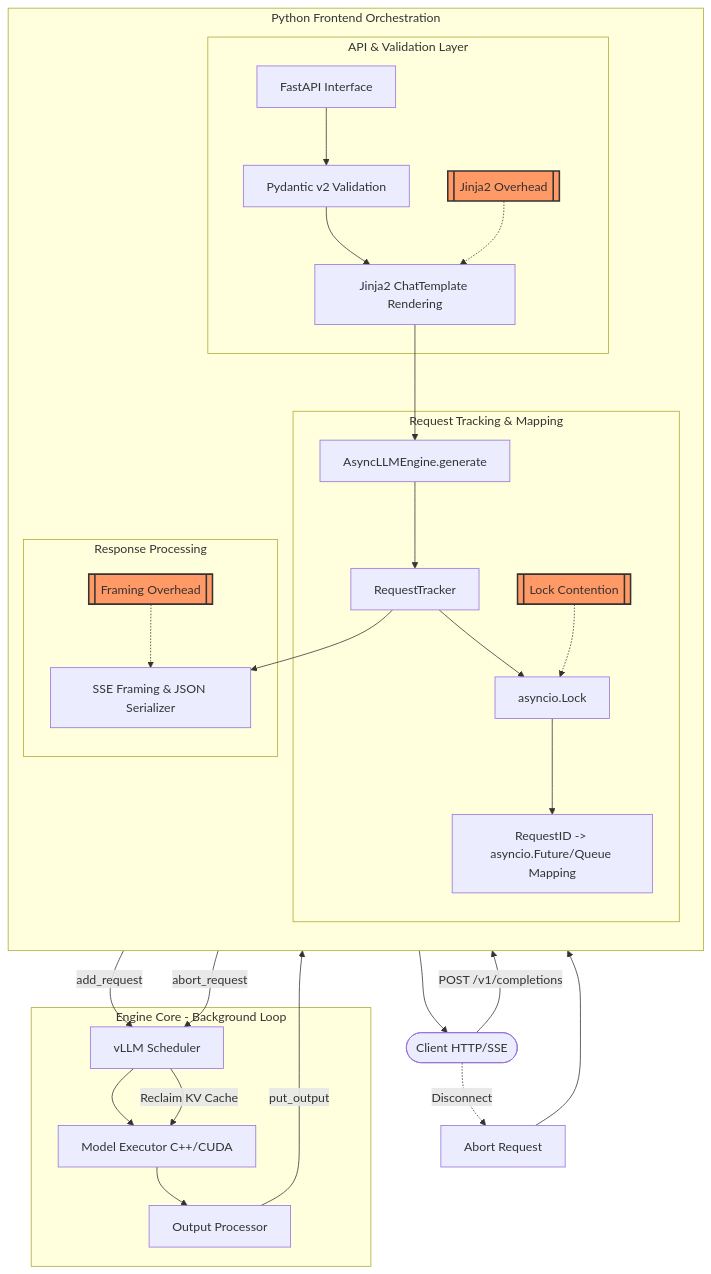
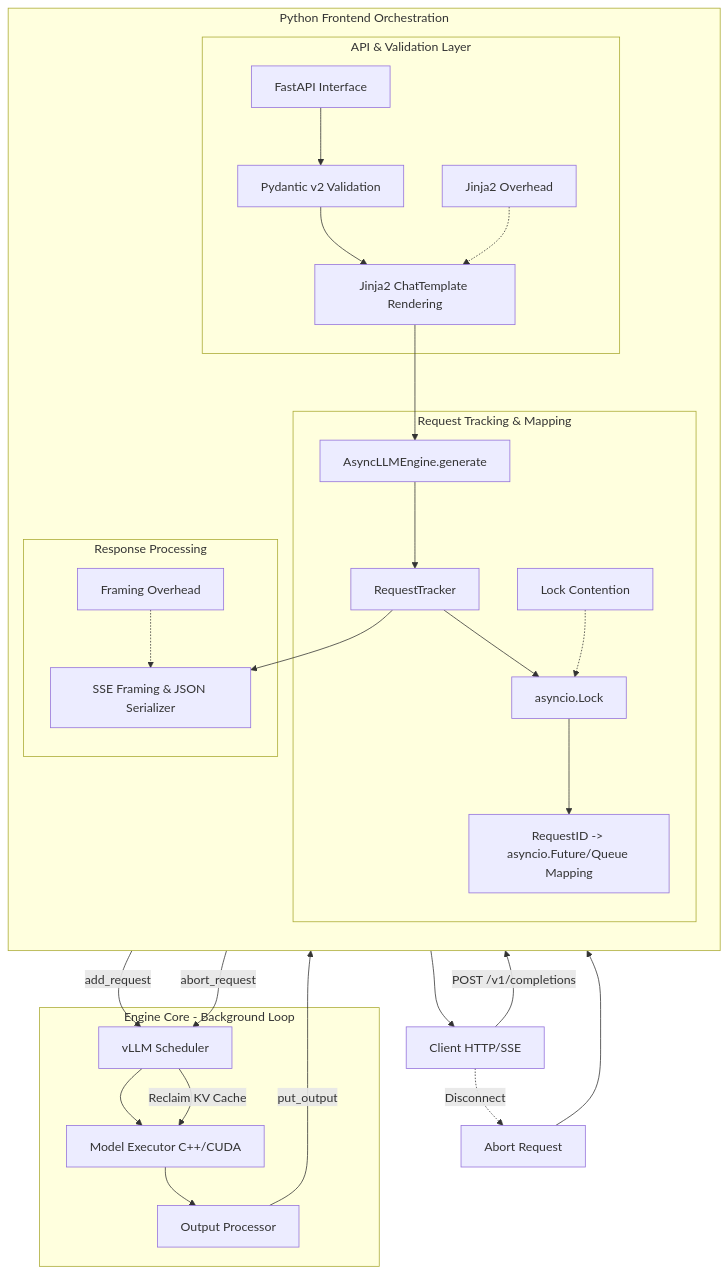
One commit to quanhua92/tutorials changed the diagram in vllm/courses/chapter_05_python_frontend.md. Above: the diagram before and after it, drawn with Mermaid. The commit also changed 10 other files, not shown here.

Commit message:
chore: improve vllm course mermaid styles

````diff
--- a/vllm/courses/chapter_05_python_frontend.md
+++ b/vllm/courses/chapter_05_python_frontend.md
@@ -3,44 +3,41 @@
 ```mermaid
 flowchart TB
-    Client(["Client HTTP/SSE"]) -- "POST /v1/completions" --> FastAPI
+    Client["Client HTTP/SSE"] -- "POST /v1/completions" --> FastAPI
     
     subgraph Frontend ["Python Frontend Orchestration"]
         direction TB
         subgraph API ["API & Validation Layer"]
             FastAPI["FastAPI Interface"] --> Pydantic["Pydantic v2 Validation"]
             Pydantic --> Jinja["Jinja2 ChatTemplate Rendering"]
-            note1[[Jinja2 Overhead]] -.-> Jinja
+            note1["Jinja2 Overhead"] -.-> Jinja
         end
 
         subgraph Tracker ["Request Tracking & Mapping"]
-            Jinja --> EngineEntry[AsyncLLMEngine.generate]
-            EngineEntry --> RT[RequestTracker]
-            RT --> Lock[asyncio.Lock]
+            Jinja --> EngineEntry["AsyncLLMEngine.generate"]
+            EngineEntry --> RT["RequestTracker"]
+            RT --> Lock["asyncio.Lock"]
             Lock --> Map["RequestID -> asyncio.Future/Queue Mapping"]
-            note2[[Lock Contention]] -.-> Lock
+            note2["Lock Contention"] -.-> Lock
         end
 
         subgraph Framing ["Response Processing"]
             RT --> SSE["SSE Framing & JSON Serializer"]
-            note3[[Framing Overhead]] -.-> SSE
+            note3["Framing Overhead"] -.-> SSE
         end
     end
 
     subgraph Backend ["Engine Core - Background Loop"]
-        Map -- "add_request" --> Scheduler[vLLM Scheduler]
+        Map -- "add_request" --> Scheduler["vLLM Scheduler"]
         Scheduler --> Model["Model Executor C++/CUDA"]
-        Model --> Process[Output Processor]
+        Model --> Process["Output Processor"]
         Process -- "put_output" --> RT
     end
 
     SSE --> Client
     
     %% Cancellation Flow
     Client -. "Disconnect" .-> Abort["Abort Request"]
     Abort --> RT
     RT -- "abort_request" --> Scheduler
     Scheduler -- "Reclaim KV Cache" --> Model
-
-    classDef bottleneck fill:#f96,stroke:#333,stroke-width:2px;
-    class note1,note2,note3 bottleneck;
 ```
````
